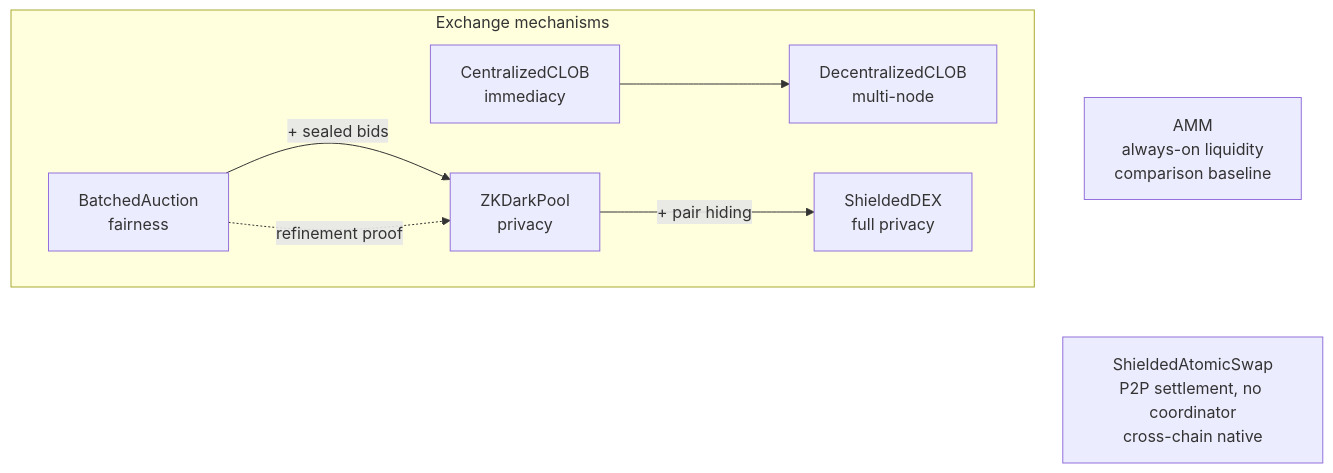
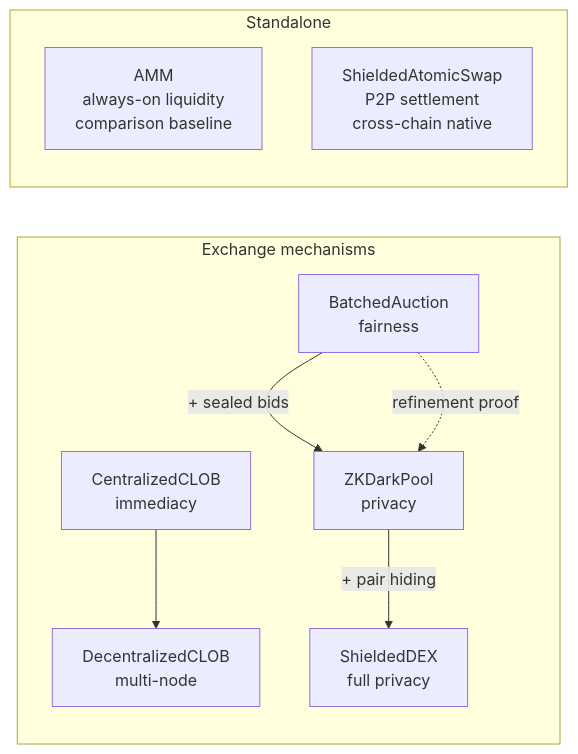
The diagram in book/src/introduction.md (oxarbitrage/formal-market-mechanisms), drawn with Mermaid before and after one commit.

Commit message:
fix intro diagram layout: LR with two subgraphs side by side

````diff
--- a/book/src/introduction.md
+++ b/book/src/introduction.md
@@ -5,11 +5,13 @@
 ```mermaid
-graph TD
-    AMM[AMM<br/>always-on liquidity<br/>comparison baseline]
+graph LR
     subgraph Exchange mechanisms
         CLOB[CentralizedCLOB<br/>immediacy] --> DCLOB[DecentralizedCLOB<br/>multi-node]
         BA[BatchedAuction<br/>fairness] -->|+ sealed bids| ZK[ZKDarkPool<br/>privacy]
         ZK -->|+ pair hiding| SDEX[ShieldedDEX<br/>full privacy]
         BA -.->|refinement proof| ZK
     end
-    AMM ~~~ SAS[ShieldedAtomicSwap<br/>P2P settlement, no coordinator<br/>cross-chain native]
+    subgraph Standalone
+        AMM[AMM<br/>always-on liquidity<br/>comparison baseline]
+        SAS[ShieldedAtomicSwap<br/>P2P settlement<br/>cross-chain native]
+    end
 ```
````
